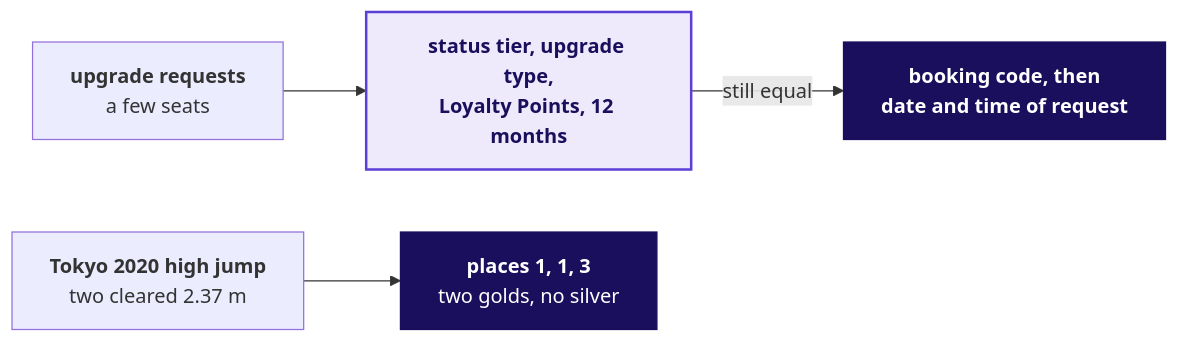
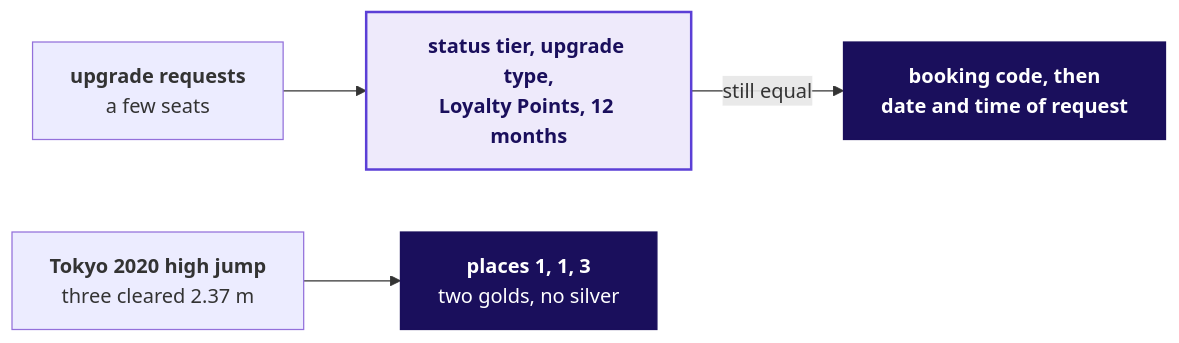
One commit to fde-academy-lab/c2-content-factory changed diagram 11 of 20 in content/W02/D3/slides/C2_W02_D03_half1_STUDENT.md. Above: the diagram before and after it, drawn with Mermaid. The commit also changed other lines of this file and 43 other files, not shown here.

````diff
--- a/content/W02/D3/slides/C2_W02_D03_half1_STUDENT.md
+++ b/content/W02/D3/slides/C2_W02_D03_half1_STUDENT.md
@@ -809,10 +811,10 @@
 ```mermaid
 flowchart LR
     U["<b>upgrade requests</b><br/>a few seats"] --> T["<b>status tier, upgrade type,<br/>Loyalty Points, 12 months</b>"]
     T -->|"still equal"| K["<b>booking code, then<br/>date and time of request</b>"]
-    J["<b>Tokyo 2020 high jump</b><br/>two cleared 2.37 m"] --> R["<b>places 1, 1, 3</b><br/>two golds, no silver"]
+    J["<b>Tokyo 2020 high jump</b><br/>three cleared 2.37 m"] --> R["<b>places 1, 1, 3</b><br/>two golds, no silver"]
     classDef bet fill:#1A0F5C,stroke:#1A0F5C,color:#FFFFFF
     classDef known fill:#EEEAFB,stroke:#5B3FD6,color:#1A0F5C,stroke-width:2px
     class K,R bet
     class T known
 ```
````
